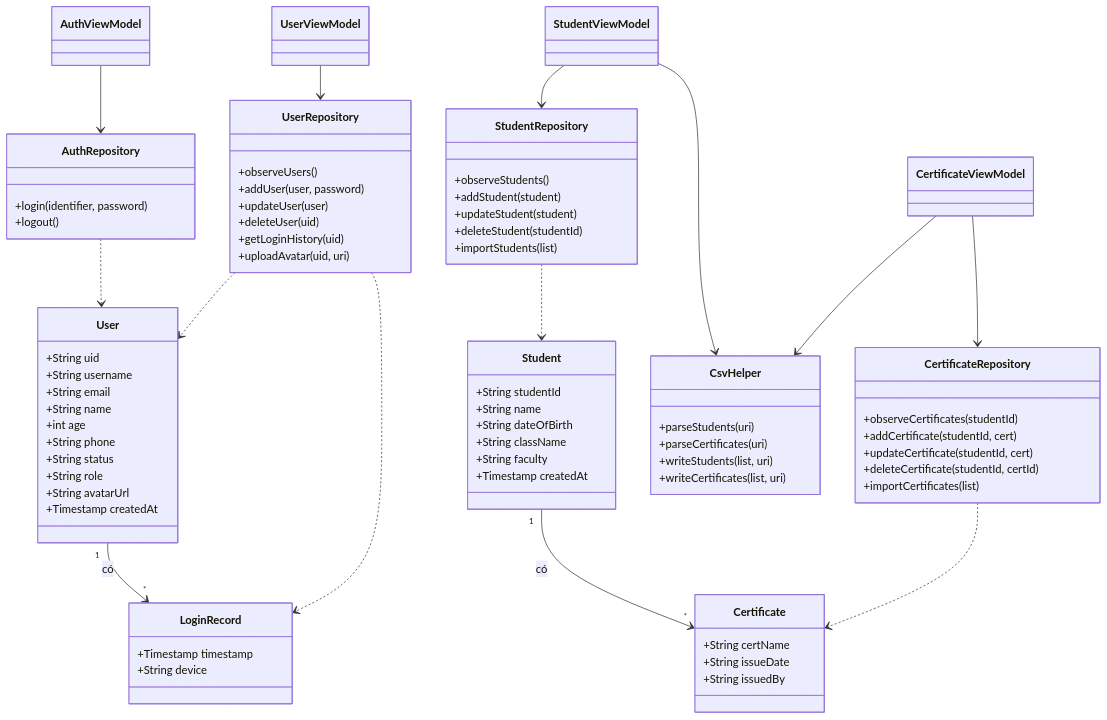
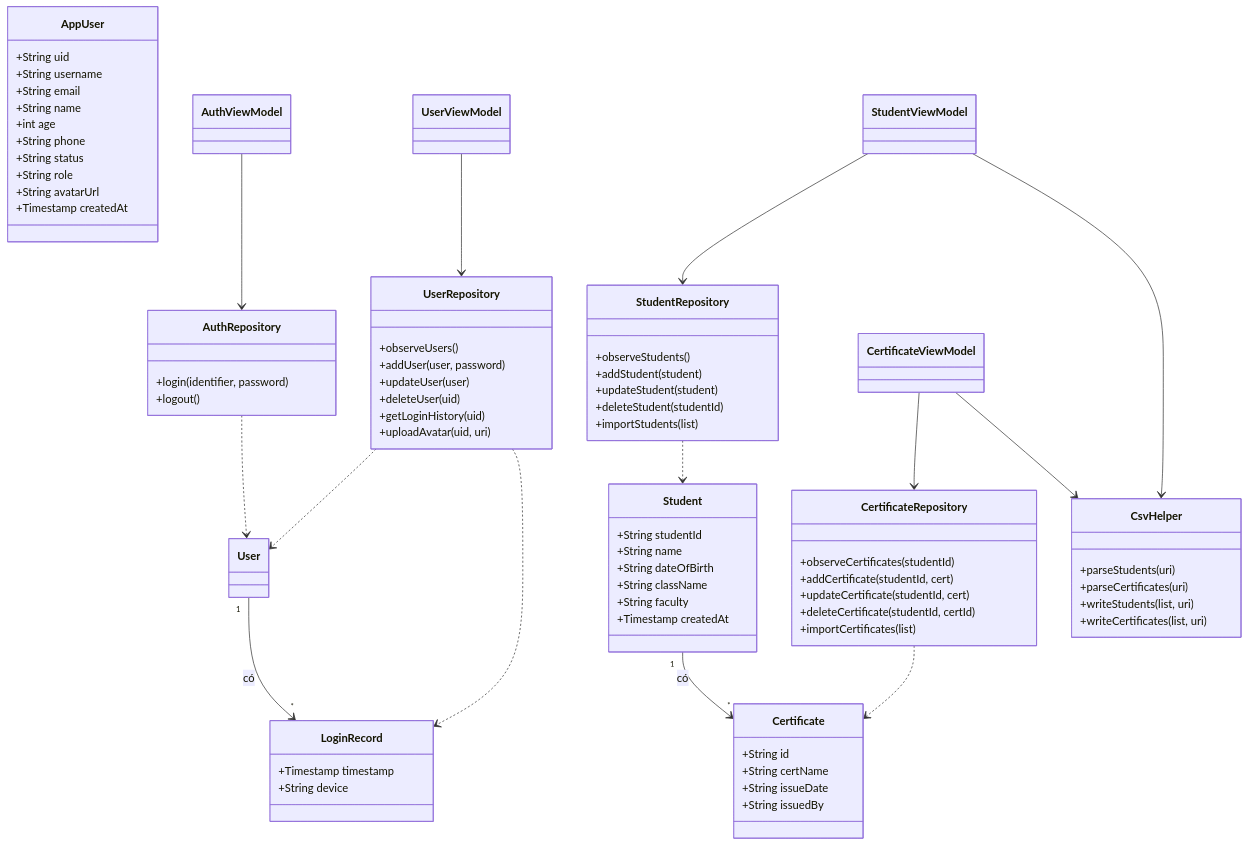
Before and after one commit to chimpk/student-management-midterm: the second of 8 diagrams in docs/uml.md, drawn with Mermaid. The commit also changed 9 other files, not shown here.

Commit message:
docs: update SRS, architecture, setup guides, and project specifications

````diff
--- a/docs/uml.md
+++ b/docs/uml.md
@@ -55,6 +55,6 @@
 ```mermaid
 classDiagram
-    class User {
+    class AppUser {
         +String uid
         +String username
         +String email
@@ -79,6 +79,7 @@
         +Timestamp createdAt
     }
     class Certificate {
+        +String id
         +String certName
         +String issueDate
         +String issuedBy
````
